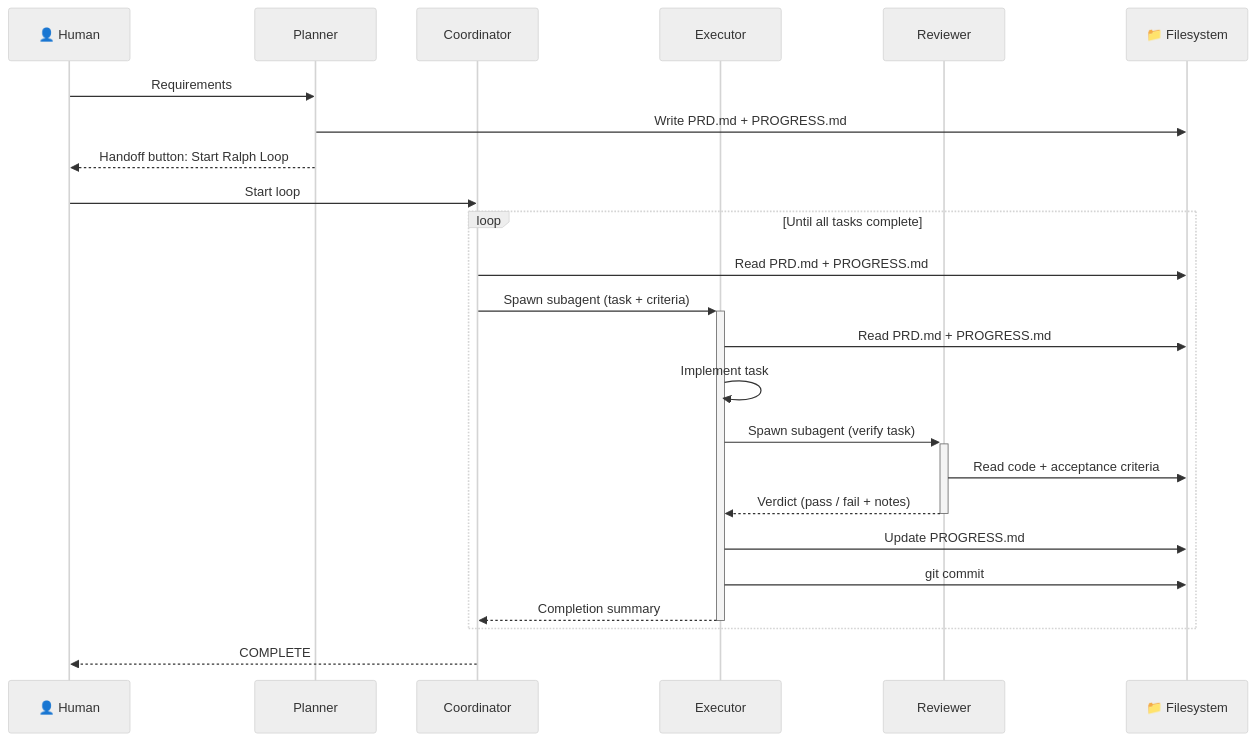
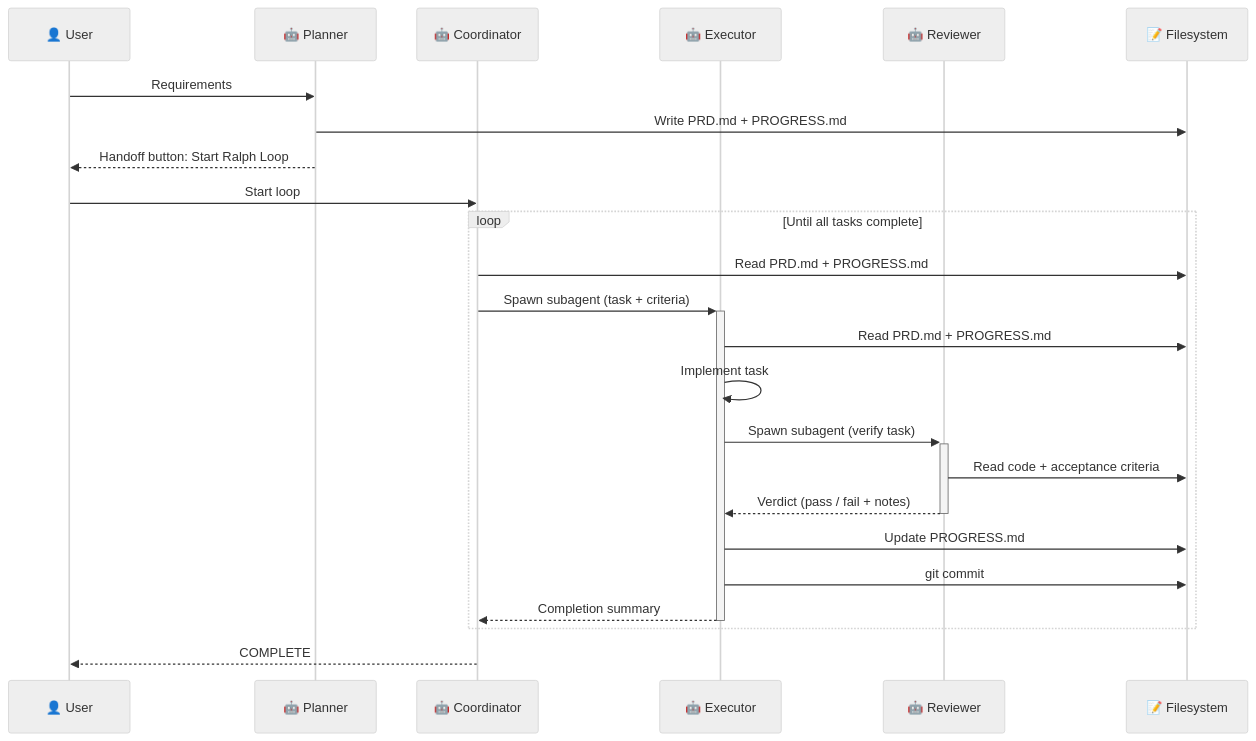
Before and after one commit to giocaizzi/ralph-copilot: the diagram in README.md, drawn with Mermaid (neutral theme). The commit also changed other lines of this file, not shown here.

First line of the commit message:
Revise Ralph loop process and execution flow details (#3)

````diff
--- a/README.md
+++ b/README.md
@@ -24,30 +25,30 @@
 ```mermaid
 sequenceDiagram
-    participant H as 👤 Human
-    participant P as Planner
-    participant C as Coordinator
-    participant E as Executor
-    participant R as Reviewer
-    participant FS as 📁 Filesystem
+    participant H as 👤 User
+    participant P as 🤖 Planner
+    participant C as 🤖 Coordinator
+    participant E as 🤖 Executor
+    participant R as 🤖 Reviewer
+    participant FS as 📝 Filesystem
 
     H->>P: Requirements
     P->>FS: Write PRD.md + PROGRESS.md
     P-->>H: Handoff button: Start Ralph Loop
 
     H->>C: Start loop
 
     loop Until all tasks complete
         C->>FS: Read PRD.md + PROGRESS.md
         C->>+E: Spawn subagent (task + criteria)
         E->>FS: Read PRD.md + PROGRESS.md
         E->>E: Implement task
         E->>+R: Spawn subagent (verify task)
         R->>FS: Read code + acceptance criteria
         R-->>-E: Verdict (pass / fail + notes)
         E->>FS: Update PROGRESS.md
         E->>FS: git commit
         E-->>-C: Completion summary
     end
 
     C-->>H: COMPLETE
 ```
````
